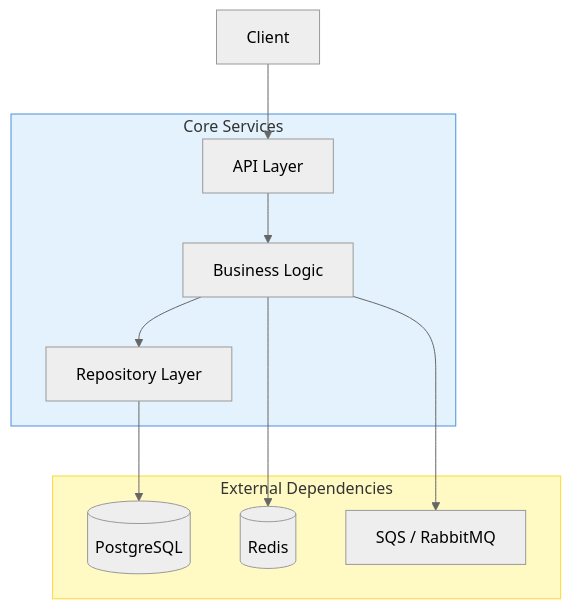
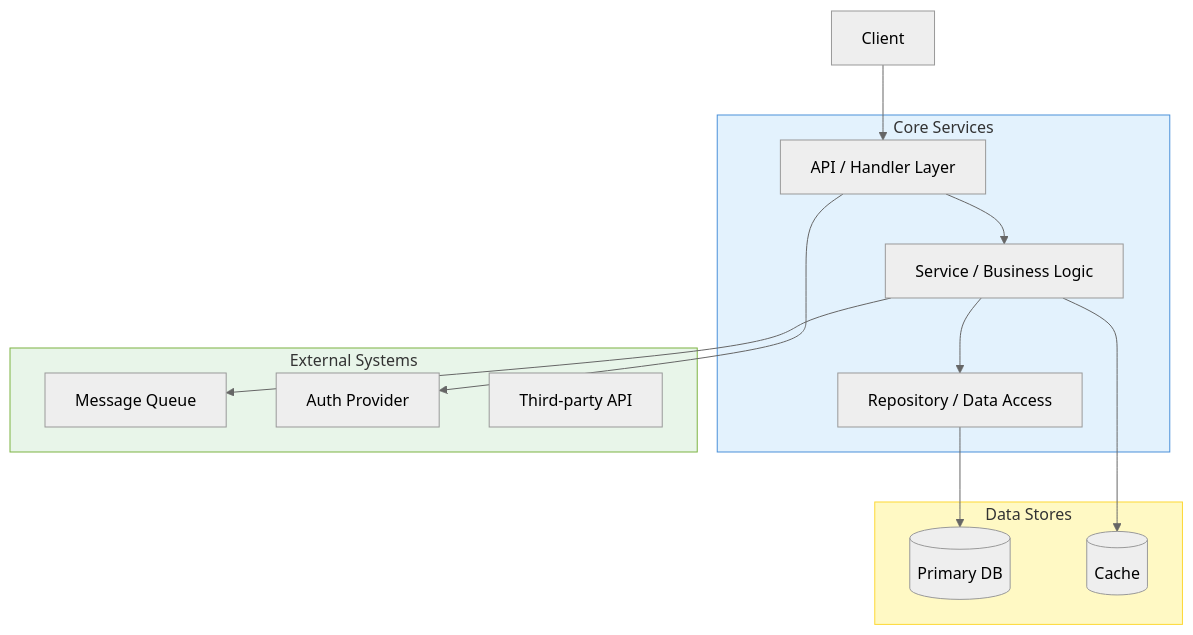
The first of 6 diagrams in templates/onboard-template.md (optimistengineer/claude-code-workflow), drawn with Mermaid before and after one commit. The commit also changed other lines of this file and 2 other files, not shown here.

````diff
--- a/templates/onboard-template.md
+++ b/templates/onboard-template.md
@@ -79,25 +83,32 @@
 ```mermaid
 %%{init: {'theme': 'neutral'}}%%
 graph TB
     subgraph Core["Core Services"]
-        API[API Layer]
-        SVC[Business Logic]
-        REPO[Repository Layer]
+        API[API / Handler Layer]
+        SVC[Service / Business Logic]
+        REPO[Repository / Data Access]
     end
 
-    subgraph External["External Dependencies"]
-        DB[(PostgreSQL)]
-        CACHE[(Redis)]
-        QUEUE[SQS / RabbitMQ]
+    subgraph Data["Data Stores"]
+        DB[(Primary DB)]
+        CACHE[(Cache)]
+    end
+
+    subgraph External["External Systems"]
+        QUEUE[Message Queue]
+        AUTH[Auth Provider]
+        EXT[Third-party API]
     end
 
     Client --> API
+    API --> AUTH
     API --> SVC
     SVC --> REPO
     REPO --> DB
     SVC --> CACHE
     SVC --> QUEUE
 
     style Core fill:#E3F2FD,stroke:#4A90D9
-    style External fill:#FFF9C4,stroke:#FDD835
+    style Data fill:#FFF9C4,stroke:#FDD835
+    style External fill:#E8F5E9,stroke:#7CB342
 ```
````
